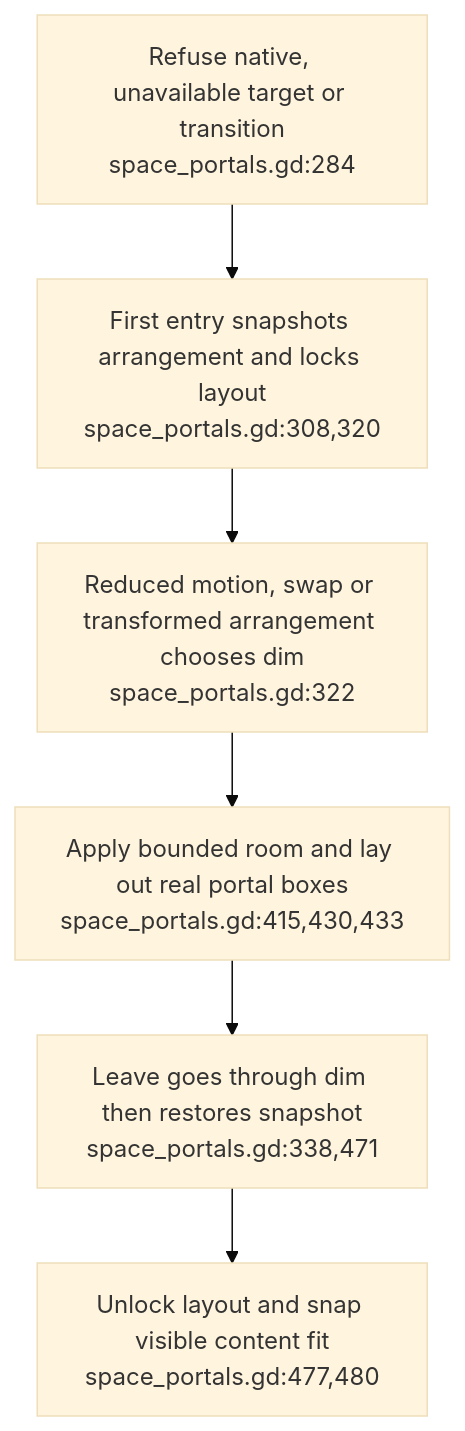
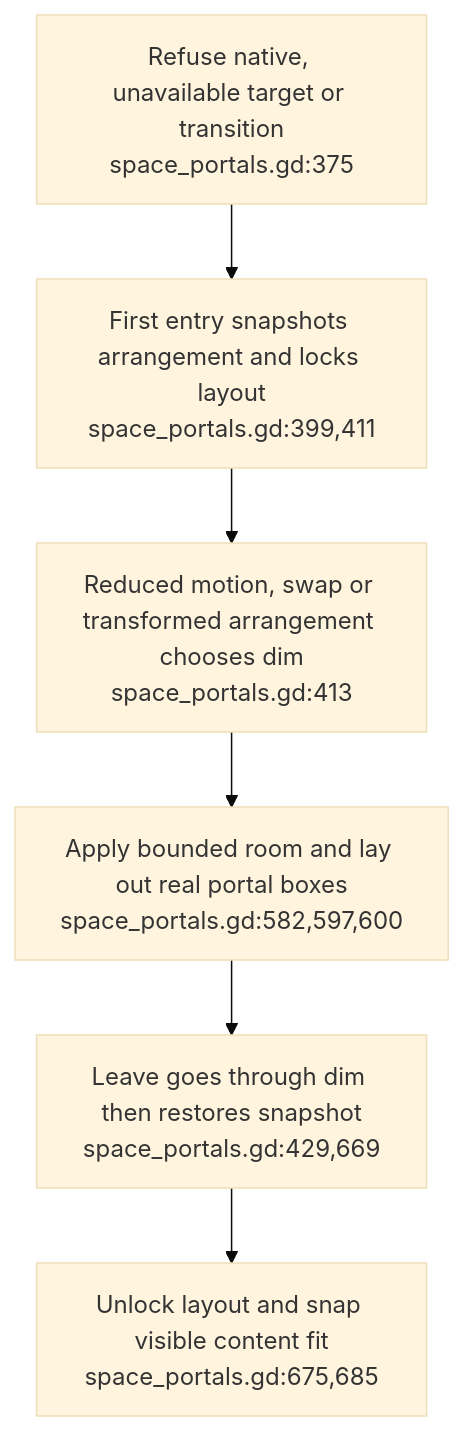
Before and after one commit to DreamLab-AI/VisionFlow: the first of 3 diagrams in docs/diagrams/visionclaw/47-portal-entry-and-scaled-walkthrough.md, drawn with Mermaid (base theme). The commit also changed other lines of this file and 56 other files, not shown here.

First line of the commit message:
docs(diagrams): re-verify VisionClaw topics at ec785afa9, add VC-19/56/57 and the VisionClaw register

````diff
--- a/docs/diagrams/visionclaw/47-portal-entry-and-scaled-walkthrough.md
+++ b/docs/diagrams/visionclaw/47-portal-entry-and-scaled-walkthrough.md
@@ -27,8 +28,8 @@
 ```mermaid
 flowchart TD
-    ENTER["Refuse native, unavailable target or transition<br/>space_portals.gd:284"] --> SNAP["First entry snapshots arrangement and locks layout<br/>space_portals.gd:308,320"]
-    SNAP --> CHOICE["Reduced motion, swap or transformed arrangement chooses dim<br/>space_portals.gd:322"]
-    CHOICE --> ROOM["Apply bounded room and lay out real portal boxes<br/>space_portals.gd:415,430,433"]
-    ROOM --> LEAVE["Leave goes through dim then restores snapshot<br/>space_portals.gd:338,471"]
-    LEAVE --> RING["Unlock layout and snap visible content fit<br/>space_portals.gd:477,480"]
+    ENTER["Refuse native, unavailable target or transition<br/>space_portals.gd:375"] --> SNAP["First entry snapshots arrangement and locks layout<br/>space_portals.gd:399,411"]
+    SNAP --> CHOICE["Reduced motion, swap or transformed arrangement chooses dim<br/>space_portals.gd:413"]
+    CHOICE --> ROOM["Apply bounded room and lay out real portal boxes<br/>space_portals.gd:582,597,600"]
+    ROOM --> LEAVE["Leave goes through dim then restores snapshot<br/>space_portals.gd:429,669"]
+    LEAVE --> RING["Unlock layout and snap visible content fit<br/>space_portals.gd:675,685"]
 ```
````
